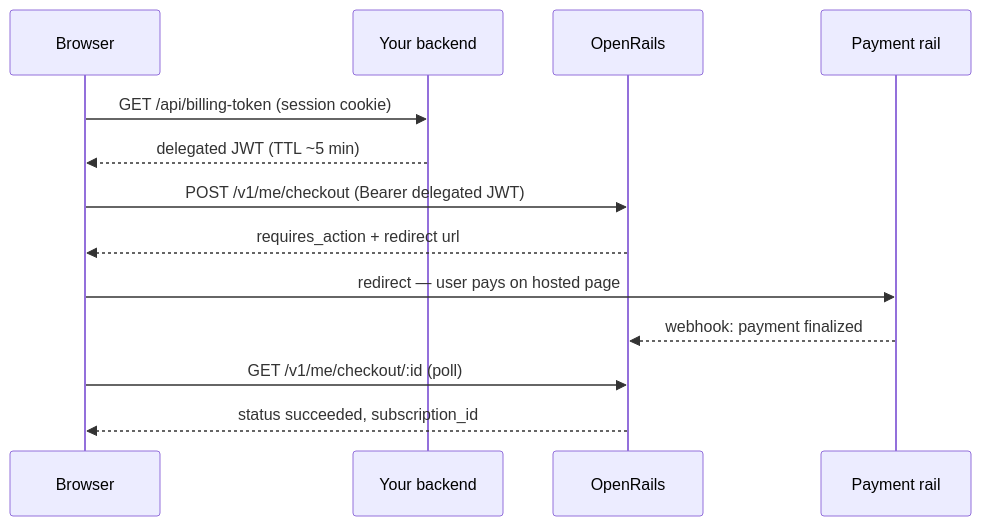
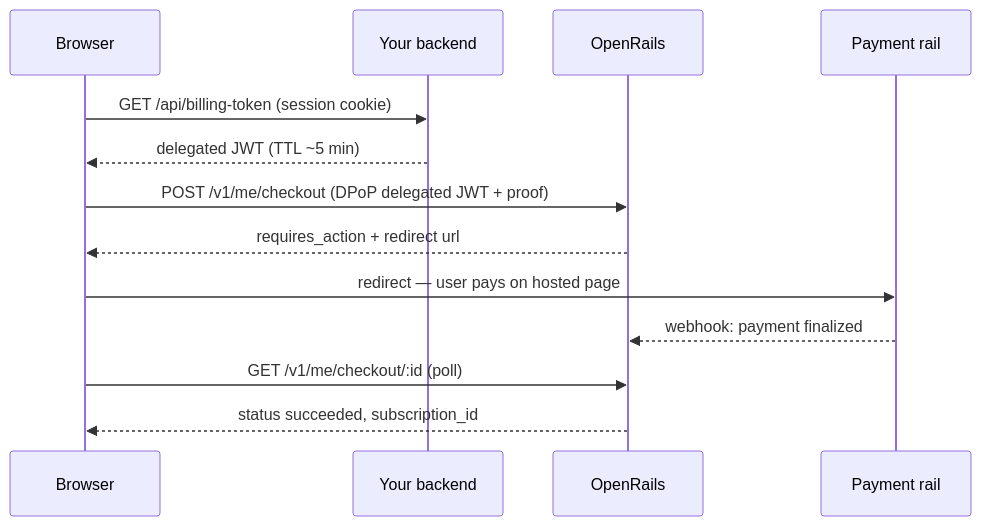
One commit to open-rails/openrails changed the diagram in docs/frontend-integration.md. Above: the diagram before and after it, drawn with Mermaid. The commit also changed other lines of this file and 64 other files, not shown here.

````diff
--- a/docs/frontend-integration.md
+++ b/docs/frontend-integration.md
@@ -245,15 +235,15 @@
 ```mermaid
 sequenceDiagram
     participant B as Browser
     participant Y as Your backend
     participant O as OpenRails
     participant P as Payment rail
     B->>Y: GET /api/billing-token (session cookie)
     Y-->>B: delegated JWT (TTL ~5 min)
-    B->>O: POST /v1/me/checkout (Bearer delegated JWT)
+    B->>O: POST /v1/me/checkout (DPoP delegated JWT + proof)
     O-->>B: requires_action + redirect url
     B->>P: redirect — user pays on hosted page
     P-->>O: webhook: payment finalized
     B->>O: GET /v1/me/checkout/:id (poll)
     O-->>B: status succeeded, subscription_id
 ```
````
